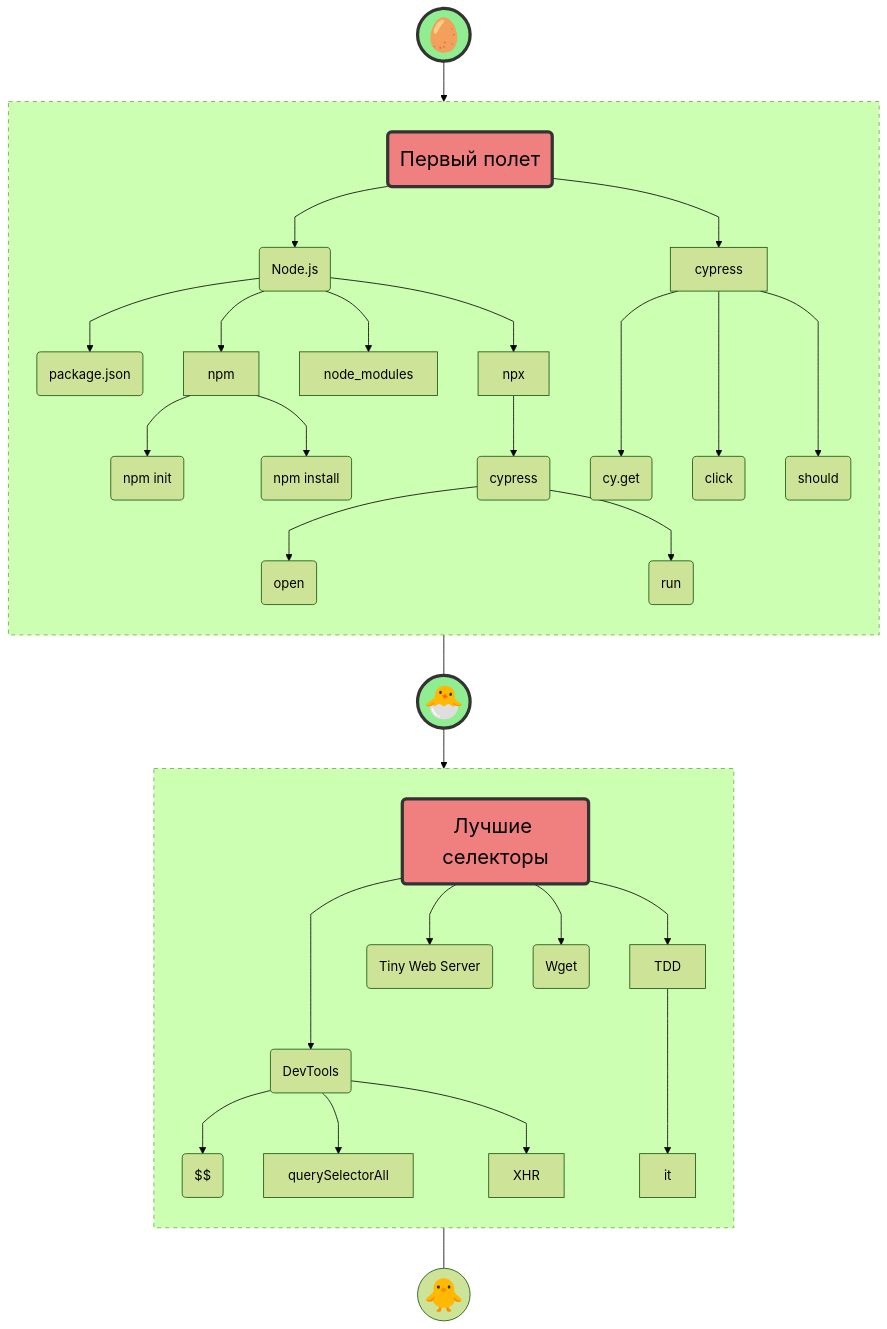
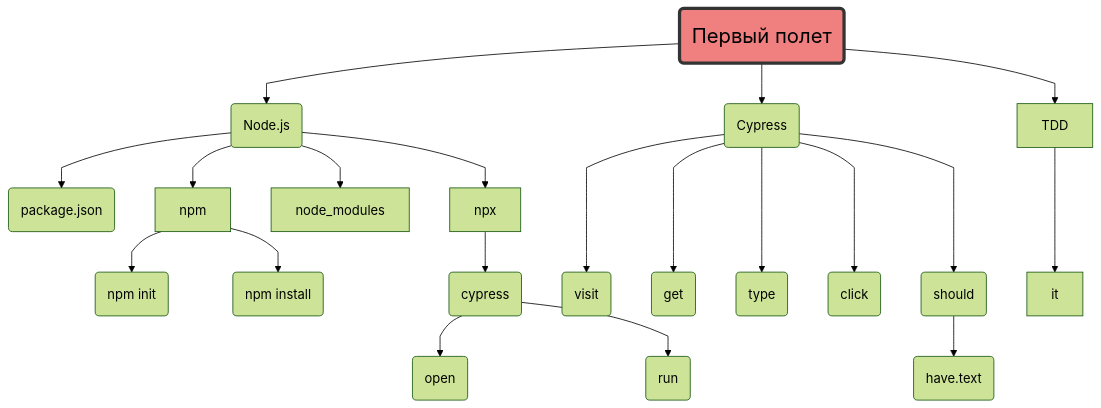
The first of 4 diagrams in README.md (open-tutorials/cypress), drawn with Mermaid (forest theme) before and after one commit. The commit also changed other lines of this file and 2 other files, not shown here.

````diff
--- a/README.md
+++ b/README.md
@@ -49,49 +49,27 @@
 ```mermaid
 %%{ init: { 'flowchart': { 'curve': 'monotoneX' } } }%%
 flowchart TB
-  start(("<span style='font-size:40px'>🥚</span>"))
-  subgraph g_cypress_test_flight [ ]
-    direction TB
-    node_js(Node.js) --> package_json(package.json)
-    node_js --> npm
-    npm --> npm_init(npm init)
-    npm --> npm_install(npm install)
-    node_js --> node_modules
-    node_js --> npx
-    cypress_npx(cypress) --> cypress_open(open)
-    cypress_npx --> cypress_run(run)
-    cypress_test_flight(<span style='font-size:25px'>Первый полет</span>)
-    cypress_test_flight --> node_js
-    npx --> cypress_npx
-    cypress_test_flight --> cypress
-    cypress ---> cy_get("cy.get")
-    cypress ---> cy_click("click")
-    cypress ---> cy_should("should")
-  end
-  subgraph g_best_selectors [ ]
-      direction TB
-      dev_tools(DevTools) --> $$($$)
-      dev_tools --> querySelectorAll
-      dev_tools --> XHR
-      TDD ---> it
-      best_selectors(<span style='font-size:25px'>Лучшие селекторы</span>) ---> dev_tools
-      best_selectors --> tiny_web_server(Tiny Web Server)
-      best_selectors --> wget(Wget)
-      best_selectors --> TDD
-  end
-  start --> g_cypress_test_flight
-  g_cypress_test_flight --- finish_cypress_test_flight(("<span style='font-size:40px'>🐣</span>"))
-  finish_cypress_test_flight --> g_best_selectors
-  g_best_selectors --- finish_best_selectors(("<span style='font-size:40px'>🐥</span>"))
+cypress_test_flight(<span style='font-size:25px'>Первый полет</span>)
+cypress_test_flight --> node_js(Node.js)
+node_js --> package_json(package.json)
+node_js --> npm
+npm --> npm_init(npm init)
+npm --> npm_install(npm install)
+node_js --> node_modules
+node_js --> npx
+npx --> cypress_npx(cypress)
+cypress_npx --> cypress_open(open)
+cypress_npx --> cypress_run(run)
+cypress_test_flight --> cypress(Cypress)
+cypress ---> cy_visit(visit)
+cypress ---> cy_get(get)
+cypress ---> cy_type(type)
+cypress ---> cy_click(click)
+cypress ---> cy_should(should)
+cy_should --> cy_should_have_text(have.text)
+cypress_test_flight --> TDD
+TDD ---> it
 
-style g_cypress_test_flight stroke-dasharray: 5 5
-style g_best_selectors stroke-dasharray: 5 5
-
-style start fill:lightgreen,stroke:#333,stroke-width:4px  
 style cypress_test_flight fill:LightCoral,stroke:#333,stroke-width:4px
-style finish_cypress_test_flight fill:lightgreen,stroke:#333,stroke-width:4px  
-
-style best_selectors fill:LightCoral,stroke:#333,stroke-width:4px
 click cypress_test_flight "https://md.epic1h.com/cypress_test_flight"
-click best_selectors "https://md.epic1h.com/best_selectors"
 ```
````
